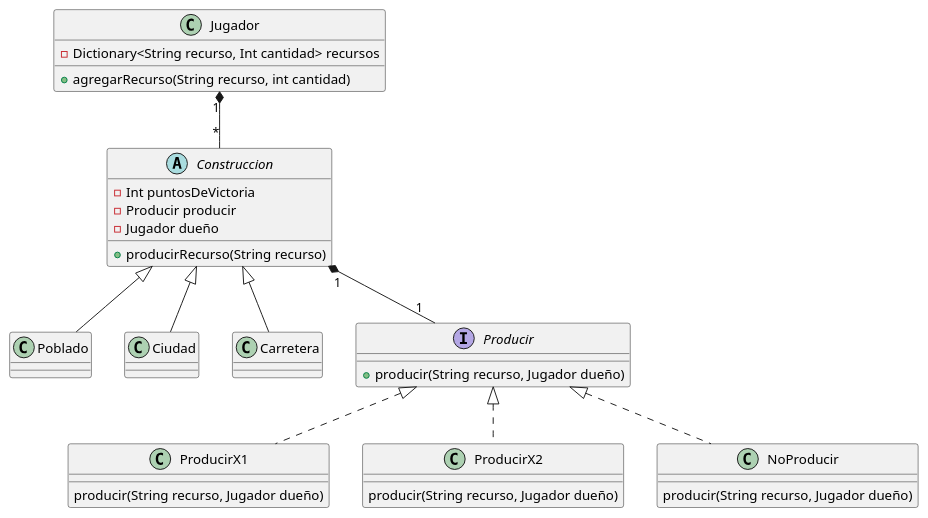
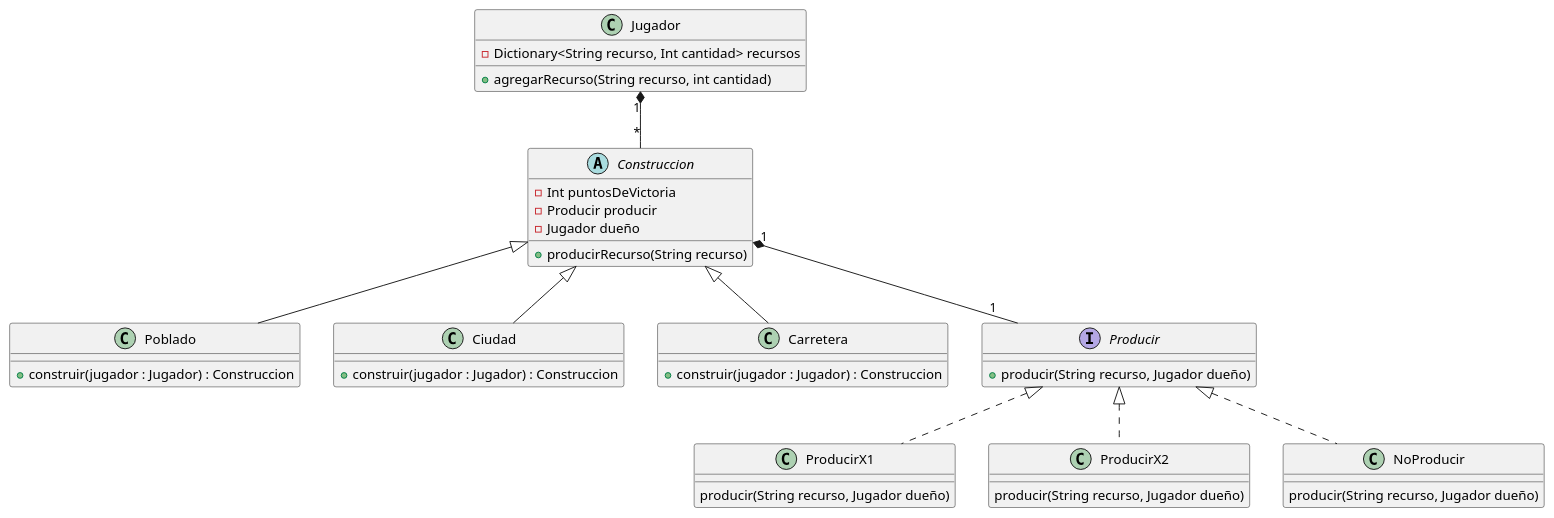
Before and after one commit to Fm900/TP2_Catan_Paradigma: the diagram in diagrams/classes/Construccion.puml, drawn with PlantUML.

Commit message:
Agrego el metodo construir en cada clase de construccion.

```diff
--- a/diagrams/classes/Construccion.puml
+++ b/diagrams/classes/Construccion.puml
@@ -1,54 +1,54 @@
 @startuml
 
 class Jugador {
 - Dictionary<String recurso, Int cantidad> recursos
 + agregarRecurso(String recurso, int cantidad)
 }
 
 abstract class Construccion{
 - Int puntosDeVictoria
 - Producir producir
 - Jugador dueño
 
 + producirRecurso(String recurso)
 }
 
 class Poblado{
-
+    + construir(jugador : Jugador) : Construccion
 }
 
 class Ciudad{
-
+    + construir(jugador : Jugador) : Construccion
 }
 
 class Carretera{
-
+    + construir(jugador : Jugador) : Construccion
 }
 
 interface Producir{
 + producir(String recurso, Jugador dueño)
 }
 
 class ProducirX1{
 producir(String recurso, Jugador dueño)
 }
 
 class ProducirX2{
 producir(String recurso, Jugador dueño)
 }
 class NoProducir{
 producir(String recurso, Jugador dueño)
 }
 
 Jugador "1" *-- "*" Construccion
 
 Construccion <|-- Poblado
 Construccion <|-- Ciudad
 Construccion <|-- Carretera
 
 Construccion "1" *-- "1" Producir
 
 Producir <|.. ProducirX1
 Producir <|.. ProducirX2
 Producir <|.. NoProducir
 @enduml
```
